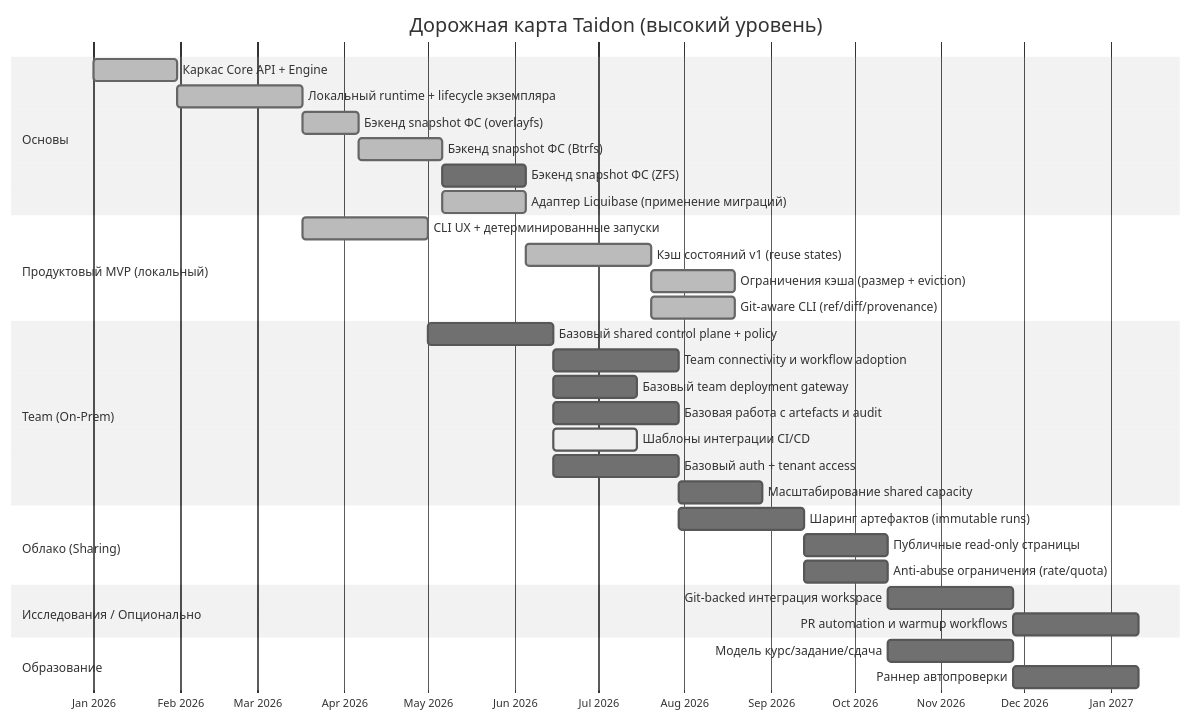
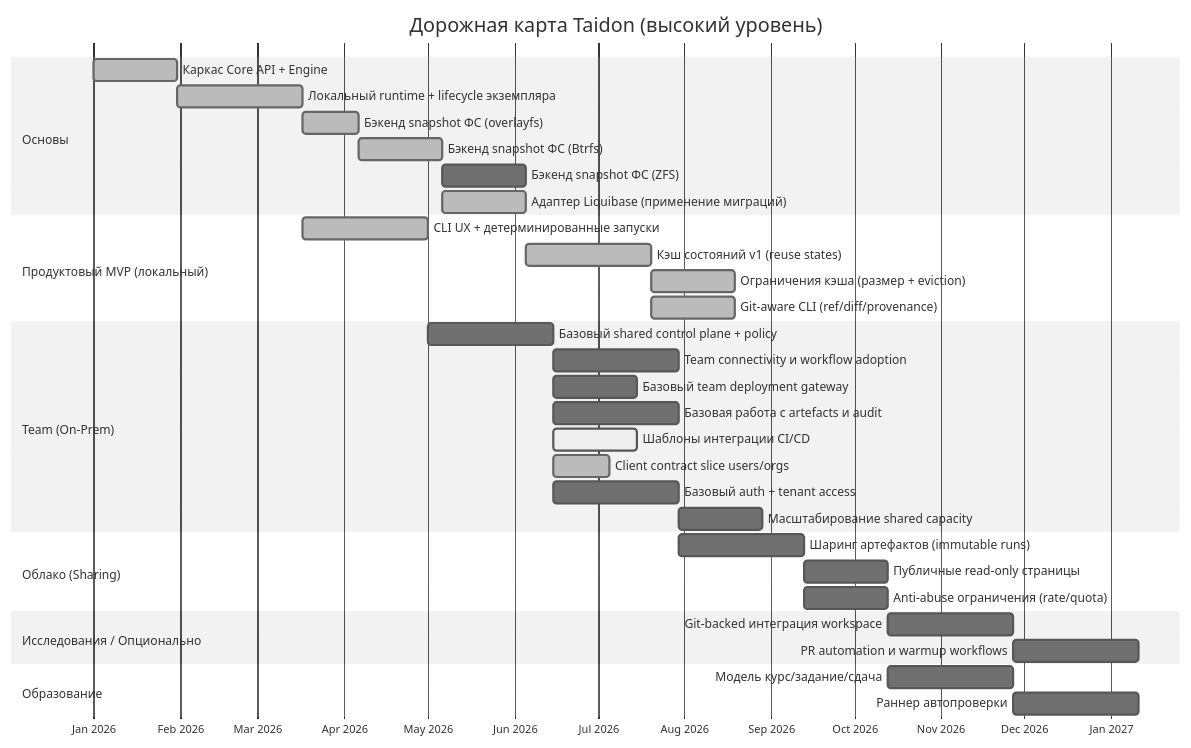
The diagram in docs/roadmap.RU.md (kimak-irmagi/taidon), drawn with Mermaid (neutral theme) before and after one commit. The commit also changed other lines of this file and 39 other files, not shown here.

````diff
--- a/docs/roadmap.RU.md
+++ b/docs/roadmap.RU.md
@@ -28,42 +28,43 @@
 ```mermaid
 gantt
     title Дорожная карта Taidon (высокий уровень)
     dateFormat  YYYY-MM-DD
     axisFormat  %b %Y
 
     section Основы
     Каркас Core API + Engine                  :done, a1, 2026-01-01, 30d
     Локальный runtime + lifecycle экземпляра   :done, a2, after a1, 45d
     Бэкенд snapshot ФС (overlayfs)            :done, a2fs, after a2, 20d
     Бэкенд snapshot ФС (Btrfs)                :done, a2b, after a2fs, 30d
     Бэкенд snapshot ФС (ZFS)                  :a2z, after a2b, 30d
     Адаптер Liquibase (применение миграций)   :done, a3, after a2b, 30d
 
     section Продуктовый MVP (локальный)
     CLI UX + детерминированные запуски        :done, b2, after a2, 45d
     Кэш состояний v1 (reuse states)           :done, b3, after a3, 45d
     Ограничения кэша (размер + eviction)      :done, b3g, after b3, 30d
     Git-aware CLI (ref/diff/provenance)       :done, b4, after b3, 30d
 
     section Team (On-Prem)
     Базовый shared control plane + policy      :c1, after b2, 45d
     Team connectivity и workflow adoption      :c0, after c1, 45d
     Базовый team deployment gateway            :c6, after c1, 30d
     Базовая работа с artefacts и audit         :c2, after c1, 45d
     Шаблоны интеграции CI/CD                  :active, c3, after c1, 30d
+    Client contract slice users/orgs           :done, c4a, after c1, 20d
     Базовый auth + tenant access               :c4, after c1, 45d
     Масштабирование shared capacity            :c5, after c2, 30d
 
     section Облако (Sharing)
     Шаринг артефактов (immutable runs)        :d1, after c2, 45d
     Публичные read-only страницы              :d2, after d1, 30d
     Anti-abuse ограничения (rate/quota)       :d3, after d1, 30d
 
     section Исследования / Опционально
     Git-backed интеграция workspace            :o1, after d2, 45d
     PR automation и warmup workflows           :o2, after o1, 45d
 
     section Образование
     Модель курс/задание/сдача                 :e1, after d2, 45d
     Раннер автопроверки                       :e2, after e1, 45d
 ```
````
